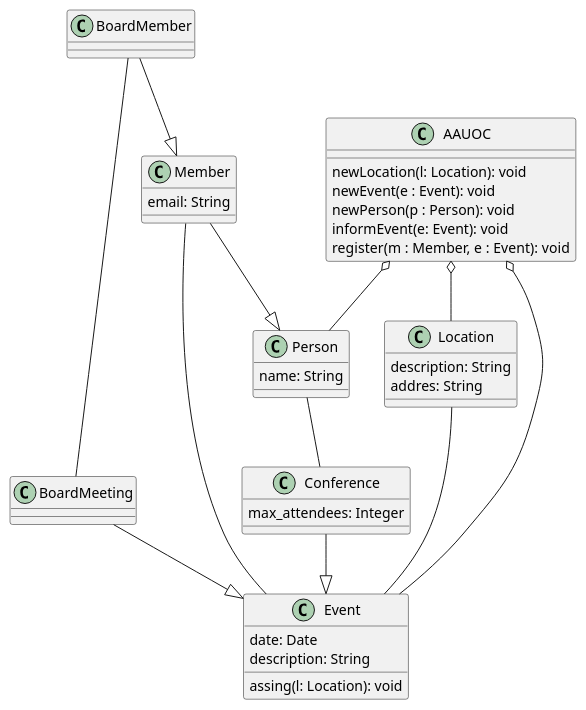
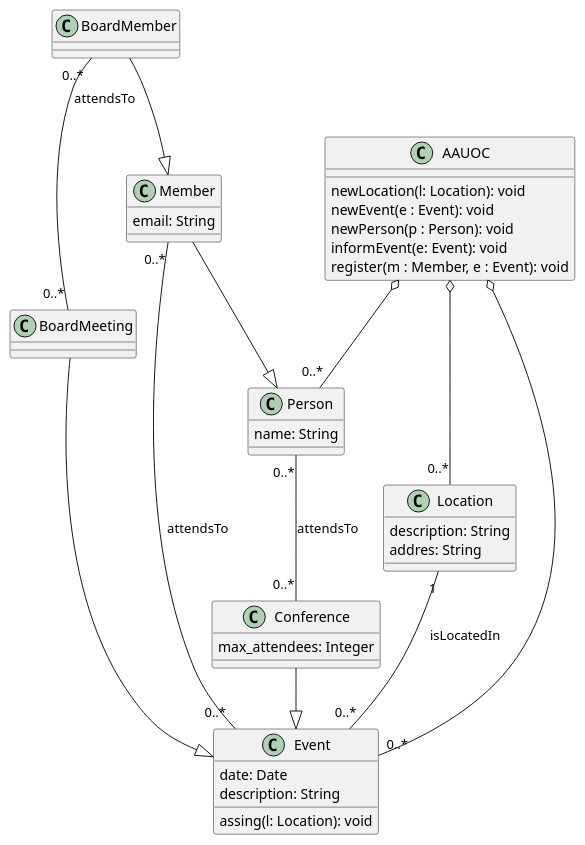
The diagram in src/UMLDiagram.puml (riekk/UMLClassChristianTM), drawn with PlantUML before and after one commit.

Commit message:
Add cardianiality and relationship's name

```diff
--- a/src/UMLDiagram.puml
+++ b/src/UMLDiagram.puml
@@ -1,54 +1,54 @@
 @startuml
 
 class Person {
 {field}name: String
 }
 
 class Member {
 {field}email: String
 }
 
 class BoardMember {
 }
 
 class Event {
 {field}date: Date
 {field}description: String
 {method}assing(l: Location): void
 }
 
 class Conference {
 {field}max_attendees: Integer
 }
 
 class BoardMeeting {
 }
 
 class Location {
 {field}description: String
 {field}addres: String
 }
 
 class AAUOC {
 {method}newLocation(l: Location): void
 {method}newEvent(e : Event): void
 {method}newPerson(p : Person): void
 {method}informEvent(e: Event): void
 {method}register(m : Member, e : Event): void
 }
 
  Member --|> Person
  BoardMember --|> Member
 
  Conference --|> Event
  BoardMeeting --|> Event
 
- AAUOC o-- Location
- AAUOC o-- Event
- Location -- Event
- AAUOC o-- Person
- Member -- Event
- Person -- Conference
- BoardMember -- BoardMeeting
+ AAUOC o--"0..*" Location
+ AAUOC o--"0..*" Event
+ Location "1"--"0..*" Event: isLocatedIn
+ AAUOC o--"0..*" Person
+ Member "0..*"--"0..*" Event: attendsTo
+ Person "0..*"--"0..*" Conference: attendsTo
+ BoardMember "0..*"--"0..*" BoardMeeting: attendsTo
 
 @enduml
```
